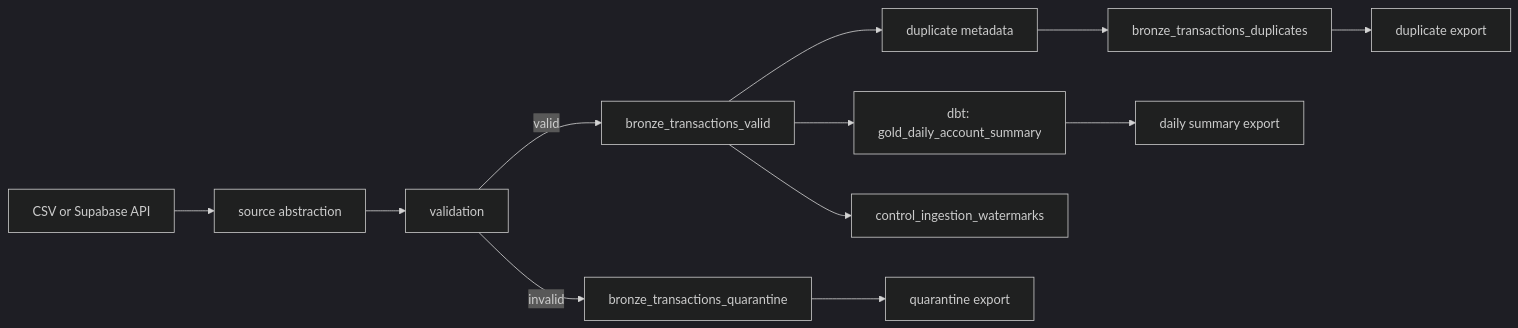
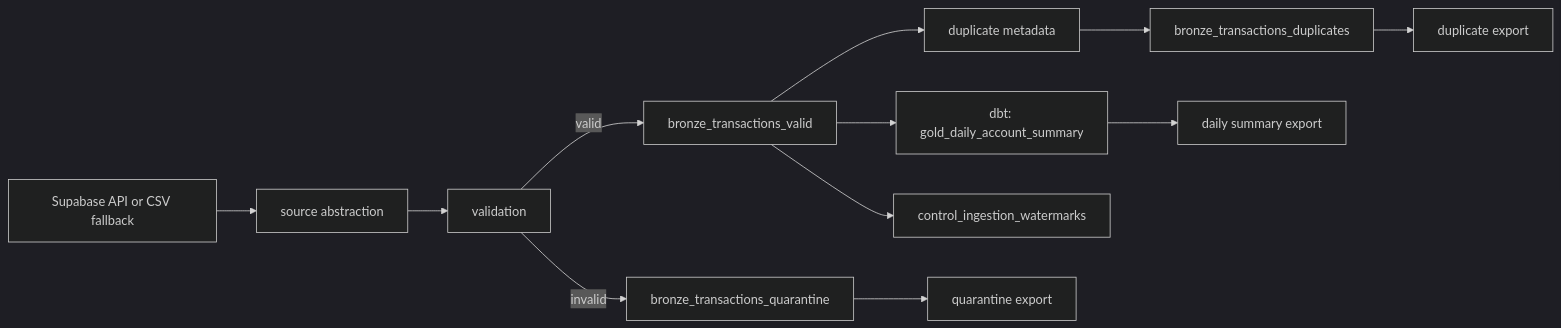
One commit to BranfordTGbieor/electro-de-assign-local changed the diagram in docs/local_design.md. Above: the diagram before and after it, drawn with Mermaid (dark theme). The commit also changed other lines of this file and 12 other files, not shown here.

Commit message:
fix(pipeline): make API primary with CSV fallback

````diff
--- a/docs/local_design.md
+++ b/docs/local_design.md
@@ -7,14 +7,14 @@
 ```mermaid
 flowchart LR
-    A[CSV or Supabase API] --> B[source abstraction]
+    A[Supabase API or CSV fallback] --> B[source abstraction]
     B --> C[validation]
     C -->|valid| D[bronze_transactions_valid]
     C -->|invalid| E[bronze_transactions_quarantine]
     D --> F[duplicate metadata]
     F --> G[bronze_transactions_duplicates]
     D --> H[dbt: gold_daily_account_summary]
     D --> I[control_ingestion_watermarks]
     E --> J[quarantine export]
     G --> K[duplicate export]
     H --> L[daily summary export]
 ```
````
